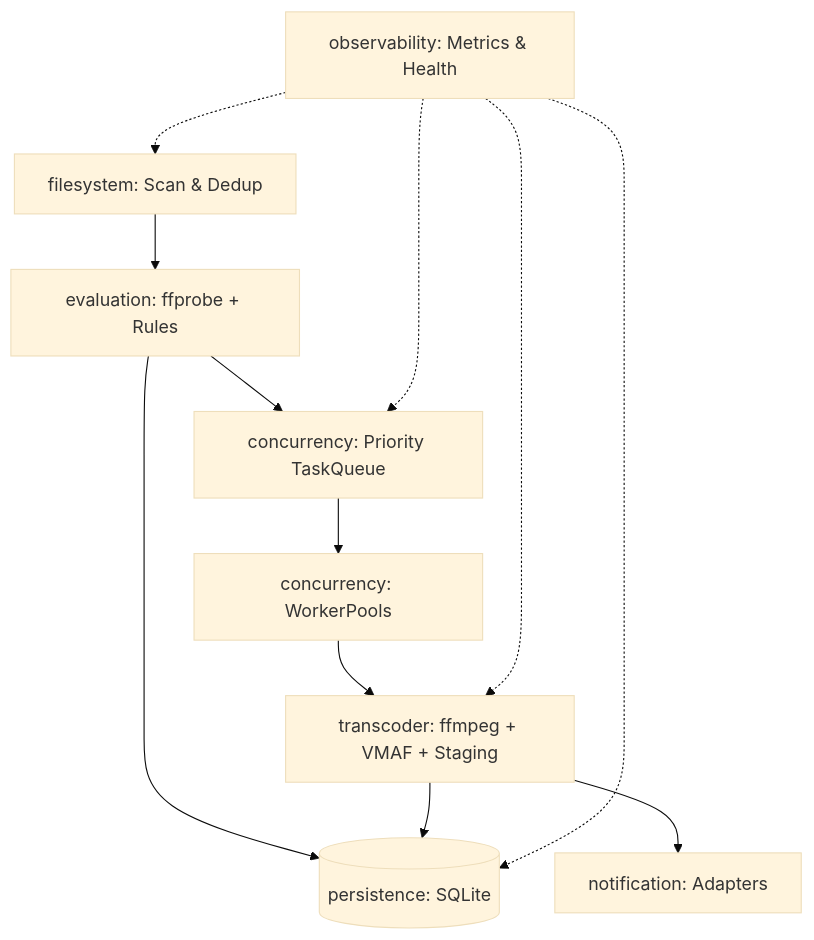
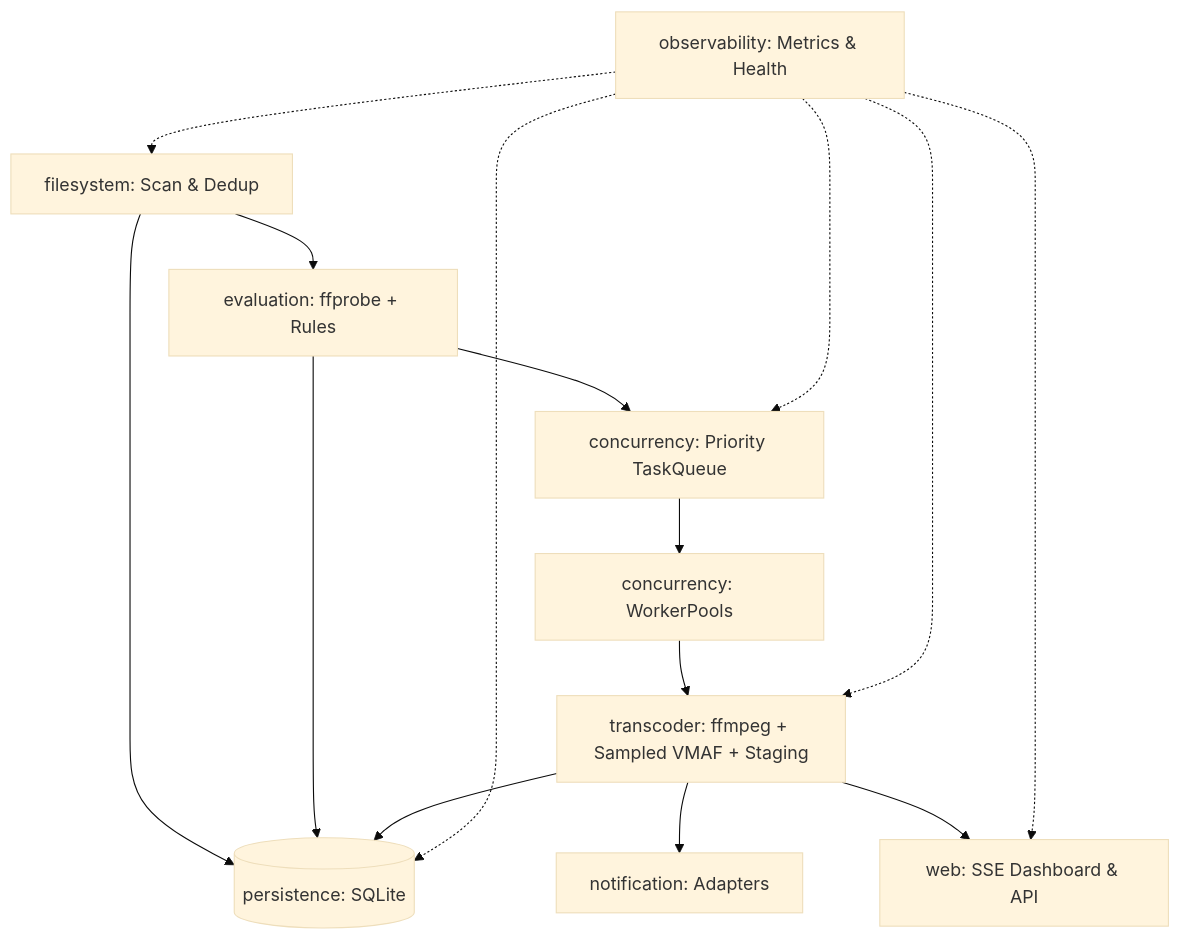
Before and after one commit to Pe46dro/MediaCruncher: the diagram in AI_CONTEXT.md, drawn with Mermaid (base theme). The commit also changed other lines of this file, not shown here.

Commit message:
docs: update AI_CONTEXT.md with recent architecture, persistence, web dashboard, and VMAF sampling

````diff
--- a/AI_CONTEXT.md
+++ b/AI_CONTEXT.md
@@ -33,11 +35,13 @@
 ```mermaid
 flowchart TD
-    FS[filesystem: Scan & Dedup] --> Eval[evaluation: ffprobe + Rules]
-    Eval --> DB[(persistence: SQLite)]
+    FS[filesystem: Scan & Dedup] --> DB[(persistence: SQLite)]
+    FS --> Eval[evaluation: ffprobe + Rules]
+    Eval --> DB
     Eval --> CC[concurrency: Priority TaskQueue]
     CC --> WP[concurrency: WorkerPools]
-    WP --> TC[transcoder: ffmpeg + VMAF + Staging]
+    WP --> TC[transcoder: ffmpeg + Sampled VMAF + Staging]
     TC --> DB
     TC --> Notif[notification: Adapters]
-    Obs[observability: Metrics & Health] -.-> CC & TC & FS & DB
+    TC --> Web[web: SSE Dashboard & API]
+    Obs[observability: Metrics & Health] -.-> CC & TC & FS & DB & Web
 ```
````
